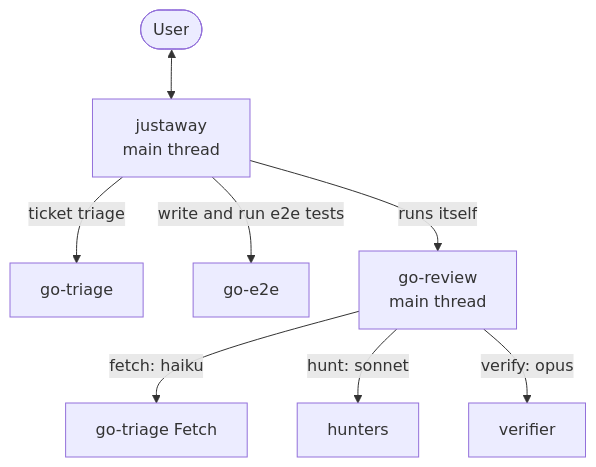
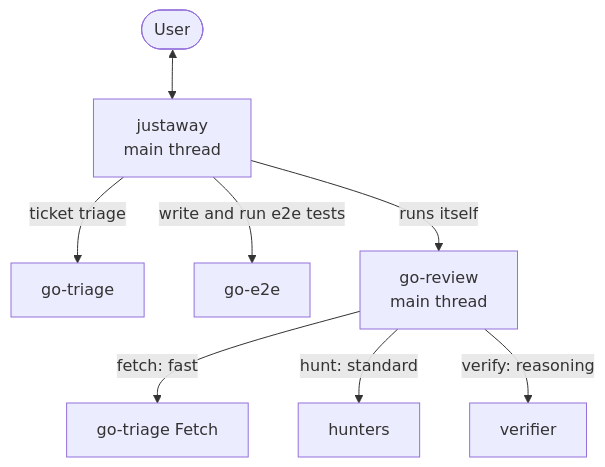
The first of 3 diagrams in docs/architecture/ARCHITECTURE.md (le0u0/just-do-it), drawn with Mermaid before and after one commit. The commit also changed other lines of this file and 11 other files, not shown here.

````diff
--- a/docs/architecture/ARCHITECTURE.md
+++ b/docs/architecture/ARCHITECTURE.md
@@ -13,10 +13,10 @@
 ```mermaid
 flowchart TD
     U([User]) <--> M[justaway<br/>main thread]
     M -->|ticket triage| H[go-triage]
     M -->|write and run e2e tests| E[go-e2e]
     M -->|runs itself| R[go-review<br/>main thread]
-    R -->|fetch: haiku| H2[go-triage Fetch]
-    R -->|hunt: sonnet| HU[hunters]
-    R -->|verify: opus| V[verifier]
+    R -->|fetch: fast| H2[go-triage Fetch]
+    R -->|hunt: standard| HU[hunters]
+    R -->|verify: reasoning| V[verifier]
 ```
````
